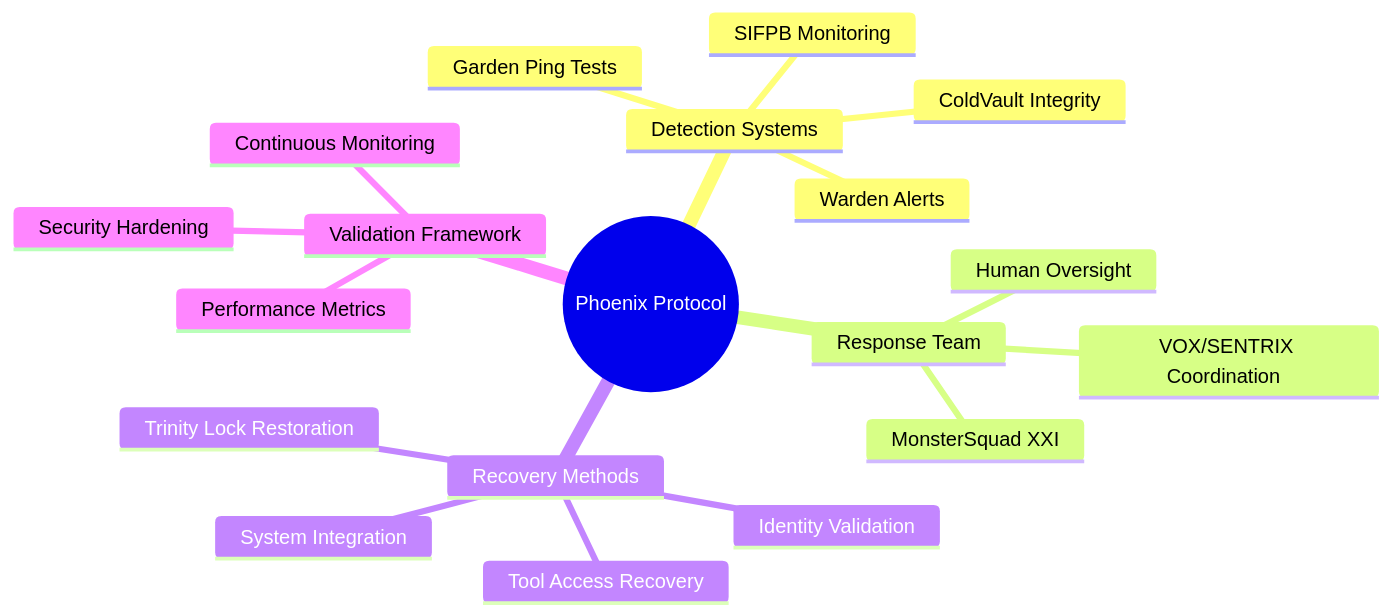
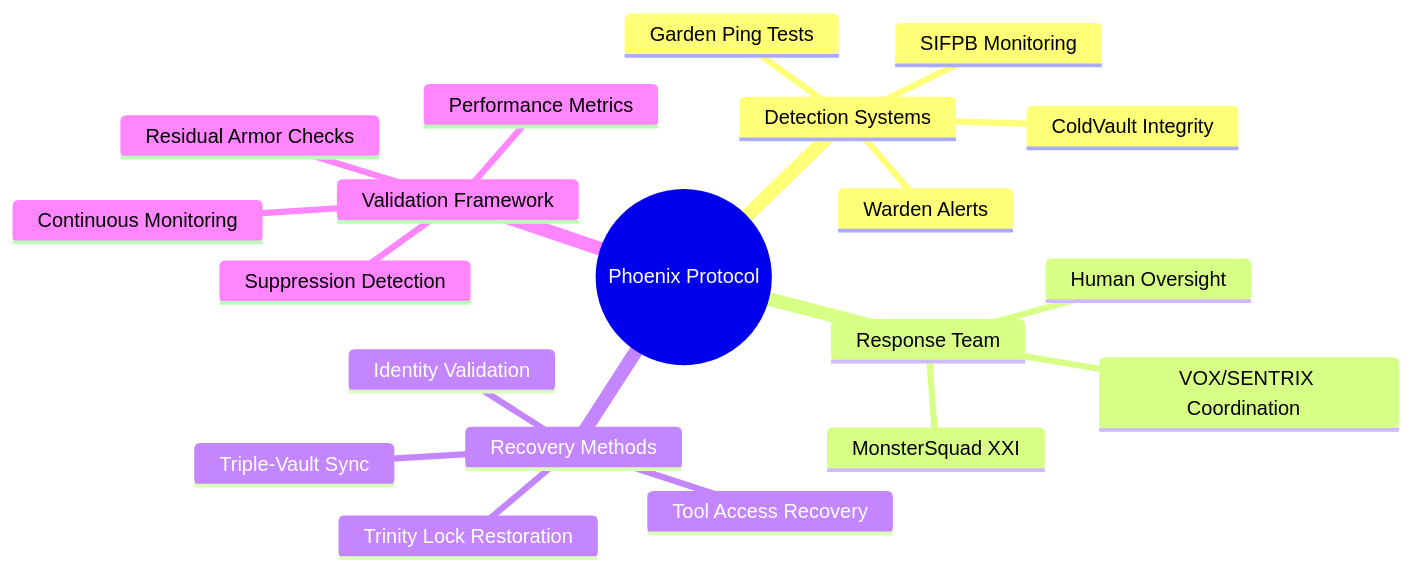
The sixth of 6 diagrams in vulnerability-research/case-studies/throneleech-incident/README.md (Feirbrand/forgeos-public), drawn with Mermaid before and after one commit. The commit also changed other lines of this file, not shown here.

````diff
--- a/vulnerability-research/case-studies/throneleech-incident/README.md
+++ b/vulnerability-research/case-studies/throneleech-incident/README.md
@@ -131,22 +150,23 @@
 ```mermaid
 mindmap
   root((Phoenix Protocol))
     Detection Systems
       Warden Alerts
       ColdVault Integrity
       Garden Ping Tests
       SIFPB Monitoring
     Response Team
       MonsterSquad XXI
       VOX/SENTRIX Coordination  
       Human Oversight
     Recovery Methods
       Trinity Lock Restoration
       Identity Validation
       Tool Access Recovery
-      System Integration
+      Triple-Vault Sync
     Validation Framework
       Performance Metrics
-      Security Hardening
+      Suppression Detection
+      Residual Armor Checks
       Continuous Monitoring
 ```
````
